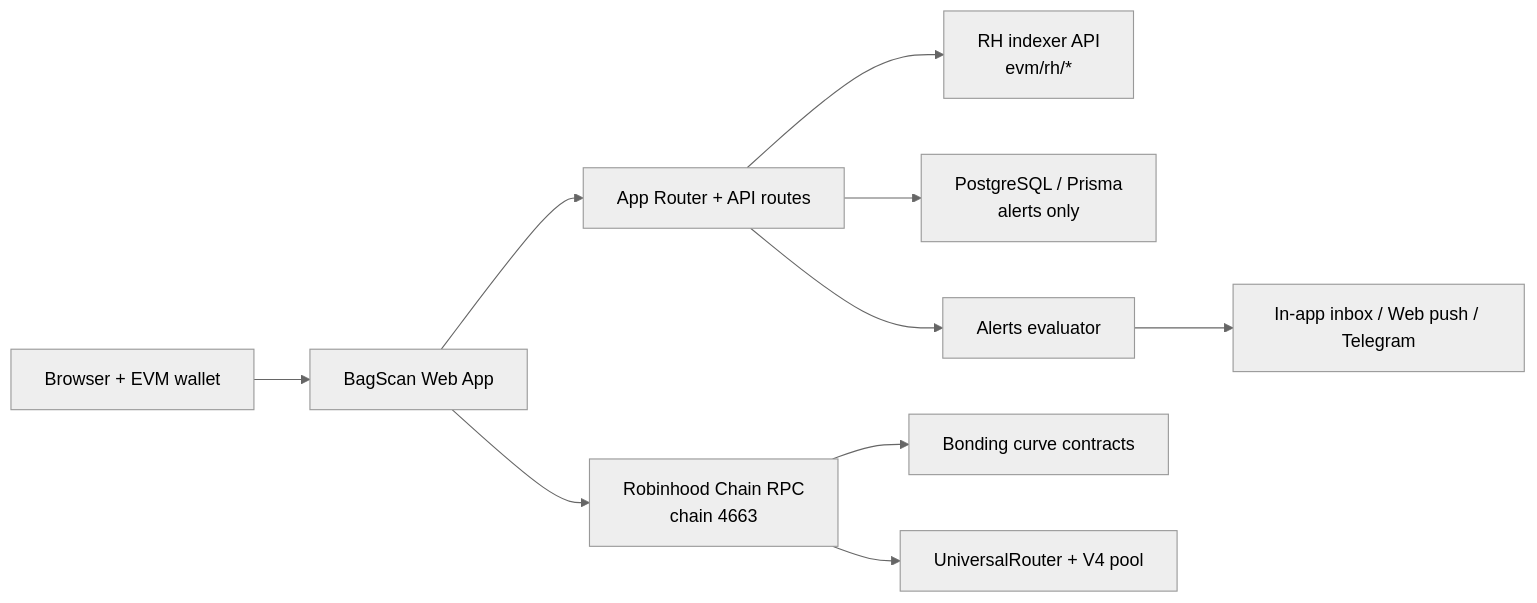
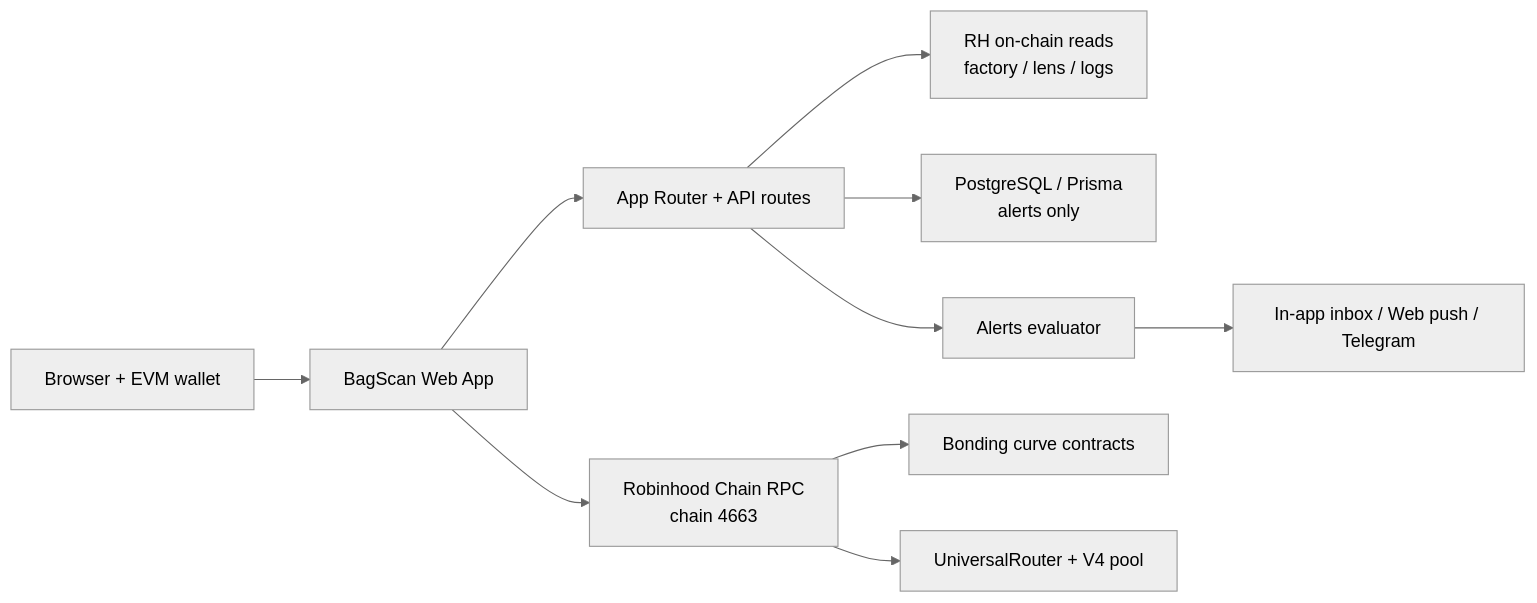
One commit to nrlartt/bagscan changed the first of 3 diagrams in README.md. Above: the diagram before and after it, drawn with Mermaid (neutral theme). The commit also changed other lines of this file and 12 other files, not shown here.

First line of the commit message:
feat(rh): replace external indexer with on-chain RPC reads

````diff
--- a/README.md
+++ b/README.md
@@ -41,12 +41,12 @@
 ```mermaid
 flowchart LR
     U[Browser + EVM wallet] --> W[BagScan Web App]
     W --> A[App Router + API routes]
-    A --> B[RH indexer API<br/>evm/rh/*]
+    A --> B[RH on-chain reads<br/>factory / lens / logs]
     A --> E[PostgreSQL / Prisma<br/>alerts only]
     W --> R[Robinhood Chain RPC<br/>chain 4663]
     R --> C[Bonding curve contracts]
     R --> P[UniversalRouter + V4 pool]
     A --> F[Alerts evaluator]
     F --> G[In-app inbox / Web push / Telegram]
 ```
````
